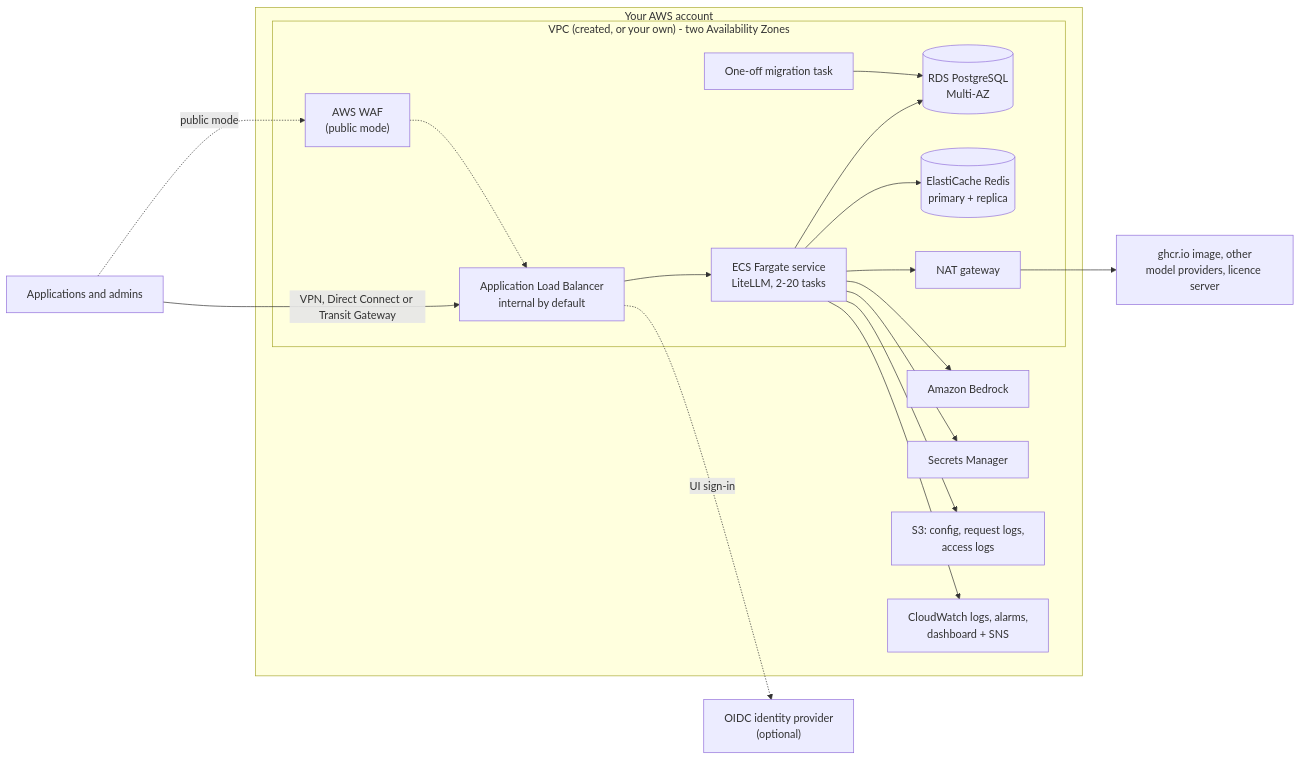
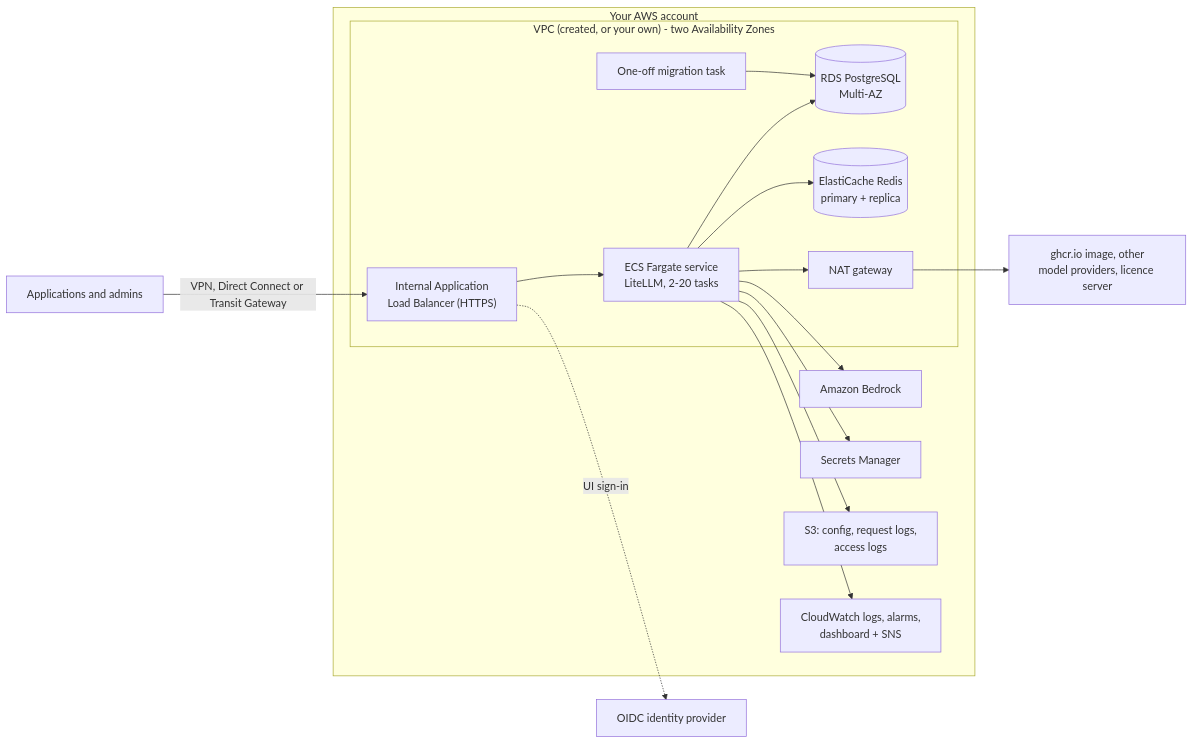
Before and after one commit to dbalintx/guidance-for-multi-provider-generative-ai-gateway-on-aws: the diagram in README.md, drawn with Mermaid. The commit also changed other lines of this file, not shown here.

````diff
--- a/README.md
+++ b/README.md
@@ -13,36 +39,34 @@
 ```mermaid
 flowchart LR
     clients["Applications and admins"]
-    idp["OIDC identity provider<br/>(optional)"]
+    idp["OIDC identity provider"]
 
     subgraph account["Your AWS account"]
         subgraph vpc["VPC (created, or your own) - two Availability Zones"]
-            waf["AWS WAF<br/>(public mode)"]
-            alb["Application Load Balancer<br/>internal by default"]
+            alb["Internal Application<br/>Load Balancer (HTTPS)"]
             ecs["ECS Fargate service<br/>LiteLLM, 2-20 tasks"]
             migrate["One-off migration task"]
             rds[("RDS PostgreSQL<br/>Multi-AZ")]
             redis[("ElastiCache Redis<br/>primary + replica")]
             nat["NAT gateway"]
         end
         bedrock["Amazon Bedrock"]
         secrets["Secrets Manager"]
         s3["S3: config, request logs,<br/>access logs"]
         cw["CloudWatch logs, alarms,<br/>dashboard + SNS"]
     end
 
     providers["ghcr.io image, other<br/>model providers, licence server"]
 
     clients -- "VPN, Direct Connect or Transit Gateway" --> alb
-    clients -. "public mode" .-> waf -.-> alb
     alb -. "UI sign-in" .-> idp
     alb --> ecs
     ecs --> rds
     ecs --> redis
     migrate --> rds
     ecs --> bedrock
     ecs --> secrets
     ecs --> s3
     ecs --> cw
     ecs --> nat --> providers
 ```
````
